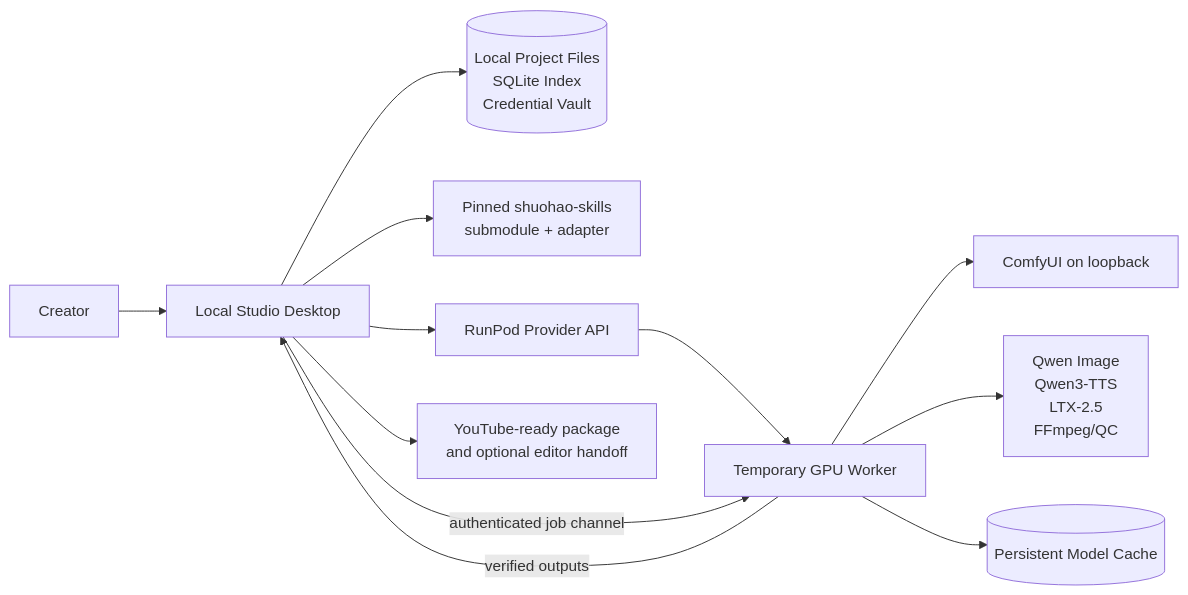
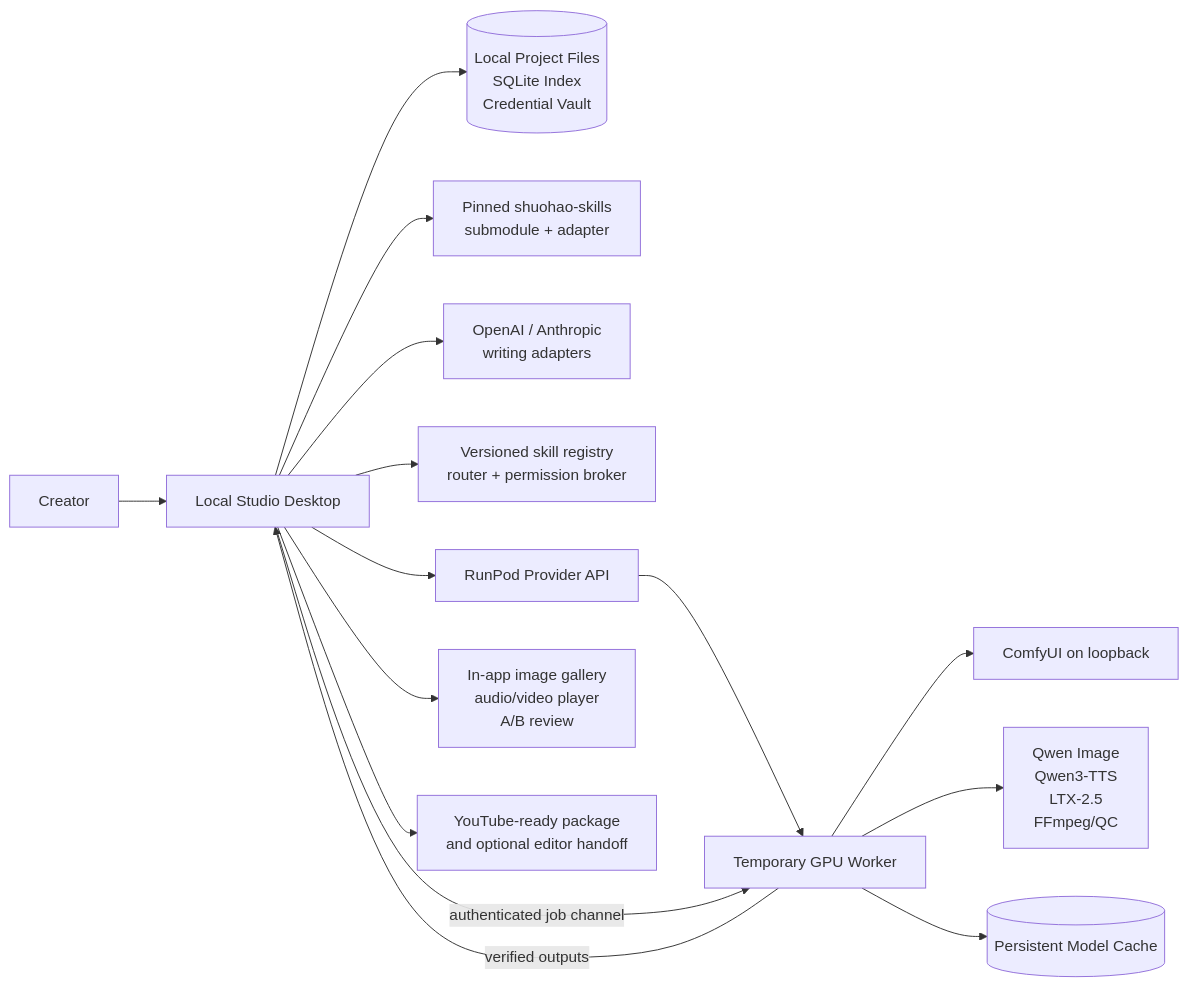
The first of 3 diagrams in docs/ARCHITECTURE.md (sagesta/animated-series-worker), drawn with Mermaid before and after one commit. The commit also changed other lines of this file and 16 other files, not shown here.

Commit message:
docs: define writing skills and media review

````diff
--- a/docs/ARCHITECTURE.md
+++ b/docs/ARCHITECTURE.md
@@ -16,14 +19,17 @@
 ```mermaid
 flowchart LR
     Creator[Creator] --> Desktop[Local Studio Desktop]
     Desktop --> LocalStore[(Local Project Files\nSQLite Index\nCredential Vault)]
     Desktop --> Upstream[Pinned shuohao-skills\nsubmodule + adapter]
+    Desktop --> Writing[OpenAI / Anthropic\nwriting adapters]
+    Desktop --> Skills[Versioned skill registry\nrouter + permission broker]
     Desktop --> Provider[RunPod Provider API]
     Provider --> Worker[Temporary GPU Worker]
     Desktop -->|authenticated job channel| Worker
     Worker --> Comfy[ComfyUI on loopback]
     Worker --> Engines[Qwen Image\nQwen3-TTS\nLTX-2.5\nFFmpeg/QC]
     Worker --> Cache[(Persistent Model Cache)]
     Worker -->|verified outputs| Desktop
+    Desktop --> Review[In-app image gallery\naudio/video player\nA/B review]
     Desktop --> Export[YouTube-ready package\nand optional editor handoff]
 ```
````
